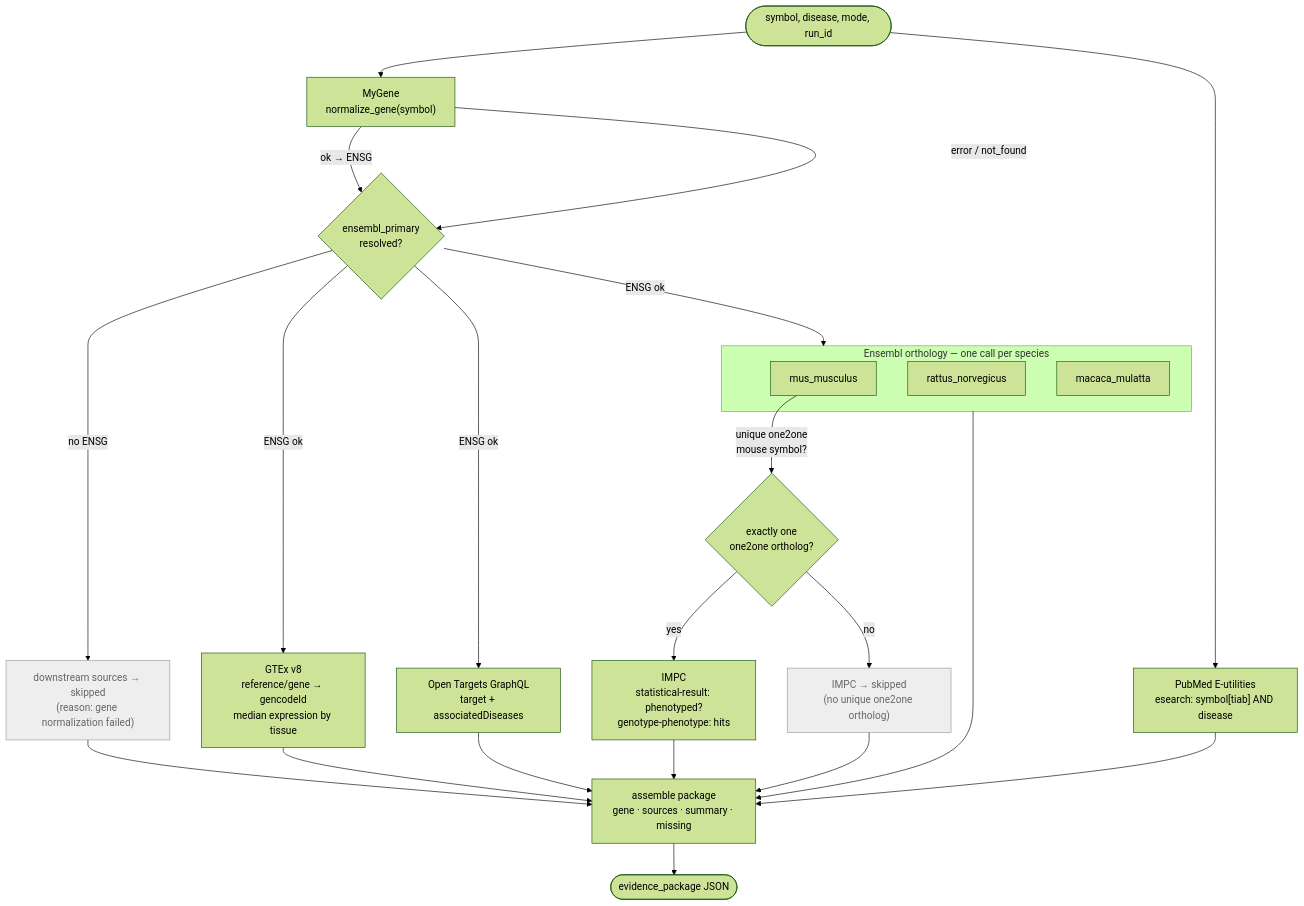
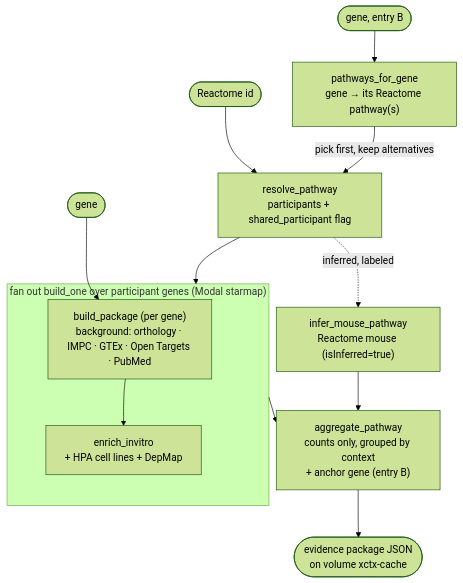
One commit to minojWittgen/boston-comp-bio-hack changed the first of 2 diagrams in data_pipeline/PIPELINE.md. Above: the diagram before and after it, drawn with Mermaid (forest theme). The commit also changed other lines of this file, not shown here.

First line of the commit message:
data_pipeline: refresh PIPELINE.md to the pathway + 3-context design

````diff
--- a/data_pipeline/PIPELINE.md
+++ b/data_pipeline/PIPELINE.md
@@ -21,35 +17,18 @@
 ```mermaid
 flowchart TD
-    IN([symbol, disease, mode, run_id]) --> NORM["MyGene<br/>normalize_gene(symbol)"]
-    NORM -->|ok → ENSG| GATE{ensembl_primary<br/>resolved?}
-    NORM -->|error / not_found| GATE
-    GATE -->|no ENSG| SKIP["downstream sources → skipped<br/>(reason: gene normalization failed)"]
+    G([gene]) --> ONE
+    RID([Reactome id]) --> RES
+    GB([gene, entry B]) --> P4G["pathways_for_gene<br/>gene → its Reactome pathway(s)"]
+    P4G -->|pick first, keep alternatives| RES["resolve_pathway<br/>participants + shared_participant flag"]
+    RES --> FAN
 
-    GATE -->|ENSG ok| ORTHO
-    subgraph ORTHO ["Ensembl orthology — one call per species"]
-        MM["mus_musculus"]
-        RN["rattus_norvegicus"]
-        MC["macaca_mulatta"]
+    subgraph FAN ["fan out build_one over participant genes (Modal starmap)"]
+        ONE["build_package (per gene)<br/>background: orthology · IMPC · GTEx · Open Targets · PubMed"]
+        ONE --> IV["enrich_invitro<br/>+ HPA cell lines + DepMap"]
     end
 
-    MM -->|"unique one2one<br/>mouse symbol?"| IMPCGATE{exactly one<br/>one2one ortholog?}
-    IMPCGATE -->|yes| IMPC["IMPC<br/>statistical-result: phenotyped?<br/>genotype-phenotype: hits"]
-    IMPCGATE -->|no| IMPCSKIP["IMPC → skipped<br/>(no unique one2one ortholog)"]
-
-    GATE -->|ENSG ok| GTEX["GTEx v8<br/>reference/gene → gencodeId<br/>median expression by tissue"]
-    GATE -->|ENSG ok| OT["Open Targets GraphQL<br/>target + associatedDiseases"]
-    IN --> PUBMED["PubMed E-utilities<br/>esearch: symbol[tiab] AND disease"]
-
-    ORTHO --> ASM
-    IMPC --> ASM
-    IMPCSKIP --> ASM
-    GTEX --> ASM
-    OT --> ASM
-    PUBMED --> ASM
-    SKIP --> ASM
-
-    ASM["assemble package<br/>gene · sources · summary · missing"] --> OUT([evidence_package JSON])
-
-    classDef skip fill:#eee,stroke:#999,color:#666;
-    class SKIP,IMPCSKIP skip;
+    FAN --> AGG["aggregate_pathway<br/>counts only, grouped by context<br/>+ anchor gene (entry B)"]
+    RES -.->|inferred, labeled| MOUSE["infer_mouse_pathway<br/>Reactome mouse (isInferred=true)"]
+    MOUSE --> AGG
+    AGG --> PKG([evidence package JSON<br/>on volume xctx-cache])
 ```
````
